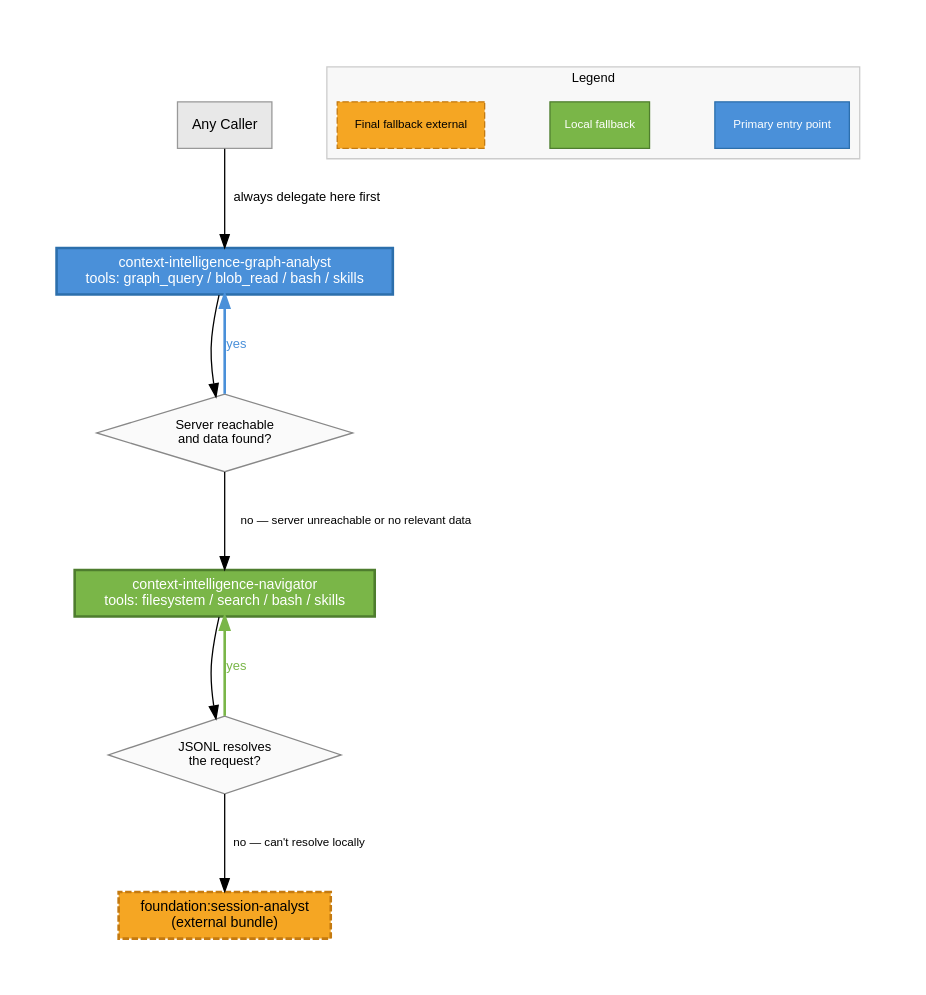
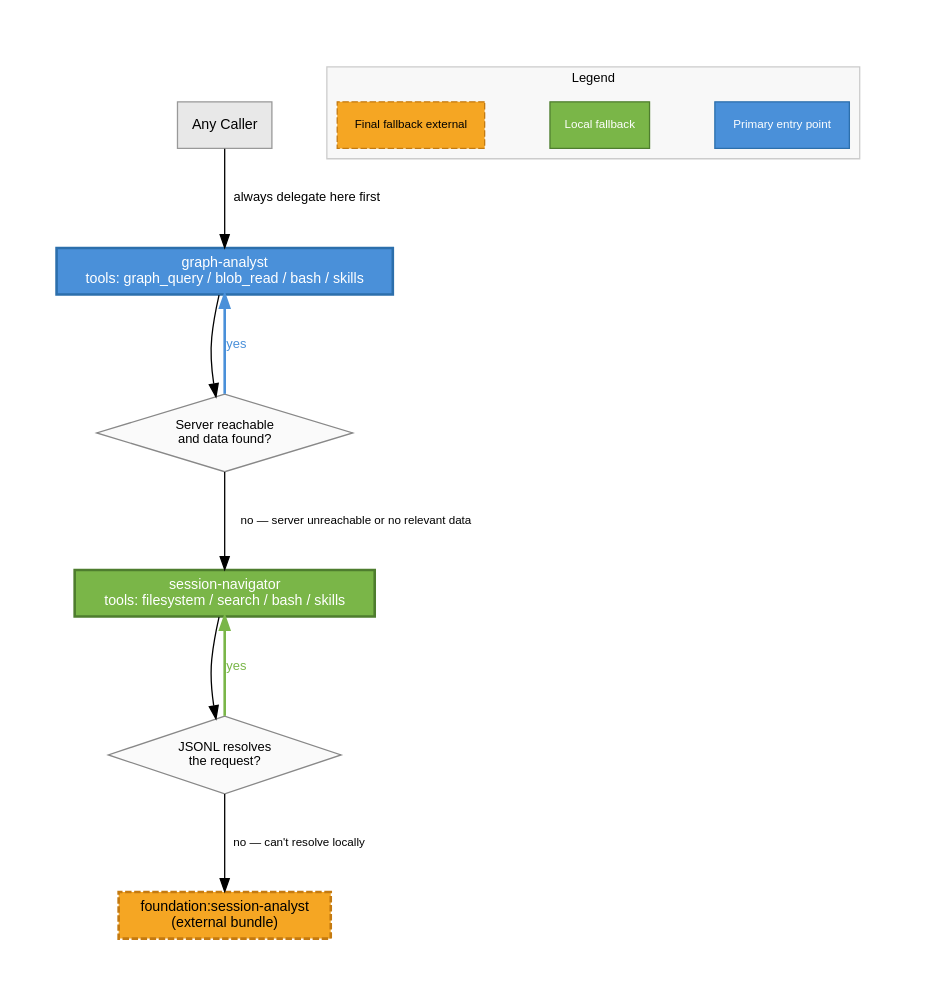
One commit to microsoft/amplifier-bundle-context-intelligence changed the diagram in context/delegation-strategy.dot. Above: the diagram before and after it, drawn with Graphviz. The commit also changed 10 other files, not shown here.

```diff
--- a/context/delegation-strategy.dot
+++ b/context/delegation-strategy.dot
@@ -1,145 +1,145 @@
 // Delegation Strategy — Agent Delegation Chain
 // Context-Intelligence Bundle
 //
-// Shows the delegation flow: graph-analyst → navigator → foundation:session-analyst
+// Shows the delegation flow: graph-analyst → session-navigator → foundation:session-analyst
 //
 // Render: dot -Tsvg delegation-strategy.dot -o delegation-strategy.svg
 
 digraph delegation_strategy {
     rankdir=TB;
     fontname="Helvetica";
     fontsize=12;
     nodesep=0.7;
     ranksep=0.9;
     pad=0.5;
 
     node [fontname="Helvetica", fontsize=11];
     edge [fontname="Helvetica", fontsize=10];
 
     // --- Box nodes ---
 
     caller [
         label="Any Caller",
         shape=box,
         style=filled,
         fillcolor="#E8E8E8",
         color="#999999"
     ];
 
     graph_analyst [
-        label="context-intelligence-graph-analyst\ntools: graph_query / blob_read / bash / skills",
+        label="graph-analyst\ntools: graph_query / blob_read / bash / skills",
         shape=box,
         style=filled,
         fillcolor="#4A90D9",
         fontcolor=white,
         color="#2C6FAC",
         penwidth=2
     ];
 
     navigator [
-        label="context-intelligence-navigator\ntools: filesystem / search / bash / skills",
+        label="session-navigator\ntools: filesystem / search / bash / skills",
         shape=box,
         style=filled,
         fillcolor="#7AB648",
         fontcolor=white,
         color="#4E7D2E",
         penwidth=2
     ];
 
     session_analyst [
         label="foundation:session-analyst\n(external bundle)",
         shape=box,
         style="filled,dashed",
         fillcolor="#F5A623",
         color="#C47A10",
         penwidth=2
     ];
 
     // --- Diamond decision nodes ---
 
     server_check [
         label="Server reachable\nand data found?",
         shape=diamond,
         style=filled,
         fillcolor="#FAFAFA",
         color="#888888",
         fontsize=10
     ];
 
     local_check [
         label="JSONL resolves\nthe request?",
         shape=diamond,
         style=filled,
         fillcolor="#FAFAFA",
         color="#888888",
         fontsize=10
     ];
 
     // --- Edges ---
 
     caller -> graph_analyst [label="always delegate here first", fontsize=10];
     graph_analyst -> server_check;
     server_check -> graph_analyst [
         label="yes",
         color="#4A90D9",
         fontcolor="#4A90D9",
         penwidth=2,
         style=bold
     ];
     server_check -> navigator [
         label="no — server unreachable or no relevant data",
         fontsize=9
     ];
     navigator -> local_check;
     local_check -> navigator [
         label="yes",
         color="#7AB648",
         fontcolor="#7AB648",
         penwidth=2,
         style=bold
     ];
     local_check -> session_analyst [
         label="no — can't resolve locally",
         fontsize=9
     ];
 
     // --- Legend ---
 
     subgraph cluster_legend {
         label="Legend";
         style=filled;
         fillcolor="#F8F8F8";
         color="#CCCCCC";
         fontname="Helvetica";
         fontsize=10;
 
         legend_primary [
             label="Primary entry point",
             shape=box,
             style=filled,
             fillcolor="#4A90D9",
             fontcolor=white,
             color="#2C6FAC",
             fontsize=9
         ];
 
         legend_local [
             label="Local fallback",
             shape=box,
             style=filled,
             fillcolor="#7AB648",
             fontcolor=white,
             color="#4E7D2E",
             fontsize=9
         ];
 
         legend_external [
             label="Final fallback external",
             shape=box,
             style="filled,dashed",
             fillcolor="#F5A623",
             color="#C47A10",
             fontsize=9
         ];
     }
 }
```
